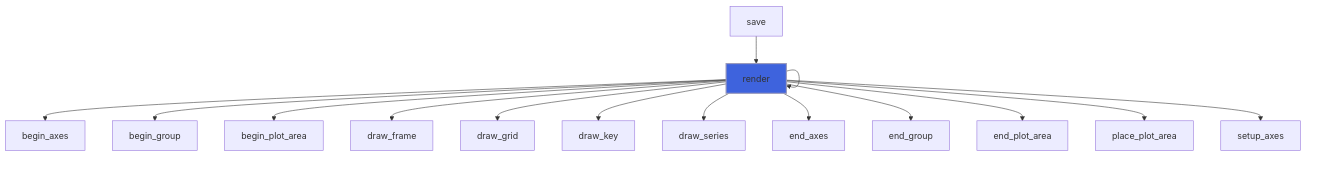
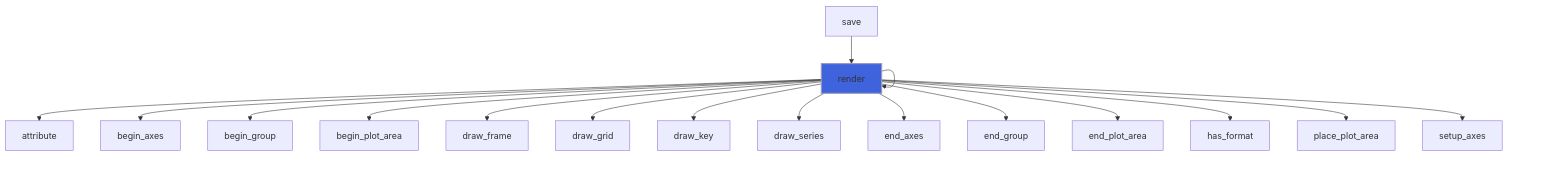
One commit to szaghi/foresight changed the third of 12 diagrams in docs/api/src/lib/foresight_axes.md. Above: the diagram before and after it, drawn with Mermaid. The commit also changed other lines of this file and 42 other files, not shown here.

````diff
--- a/docs/api/src/lib/foresight_axes.md
+++ b/docs/api/src/lib/foresight_axes.md
@@ -151,18 +156,20 @@
 ```mermaid
 flowchart TD
   render["render"] --> render["render"]
   save["save"] --> render["render"]
+  render["render"] --> attribute["attribute"]
   render["render"] --> begin_axes["begin_axes"]
   render["render"] --> begin_group["begin_group"]
   render["render"] --> begin_plot_area["begin_plot_area"]
   render["render"] --> draw_frame["draw_frame"]
   render["render"] --> draw_grid["draw_grid"]
   render["render"] --> draw_key["draw_key"]
   render["render"] --> draw_series["draw_series"]
   render["render"] --> end_axes["end_axes"]
   render["render"] --> end_group["end_group"]
   render["render"] --> end_plot_area["end_plot_area"]
+  render["render"] --> has_format["has_format"]
   render["render"] --> place_plot_area["place_plot_area"]
   render["render"] --> setup_axes["setup_axes"]
   style render fill:#3e63dd,stroke:#99b,stroke-width:2px
 ```
````
